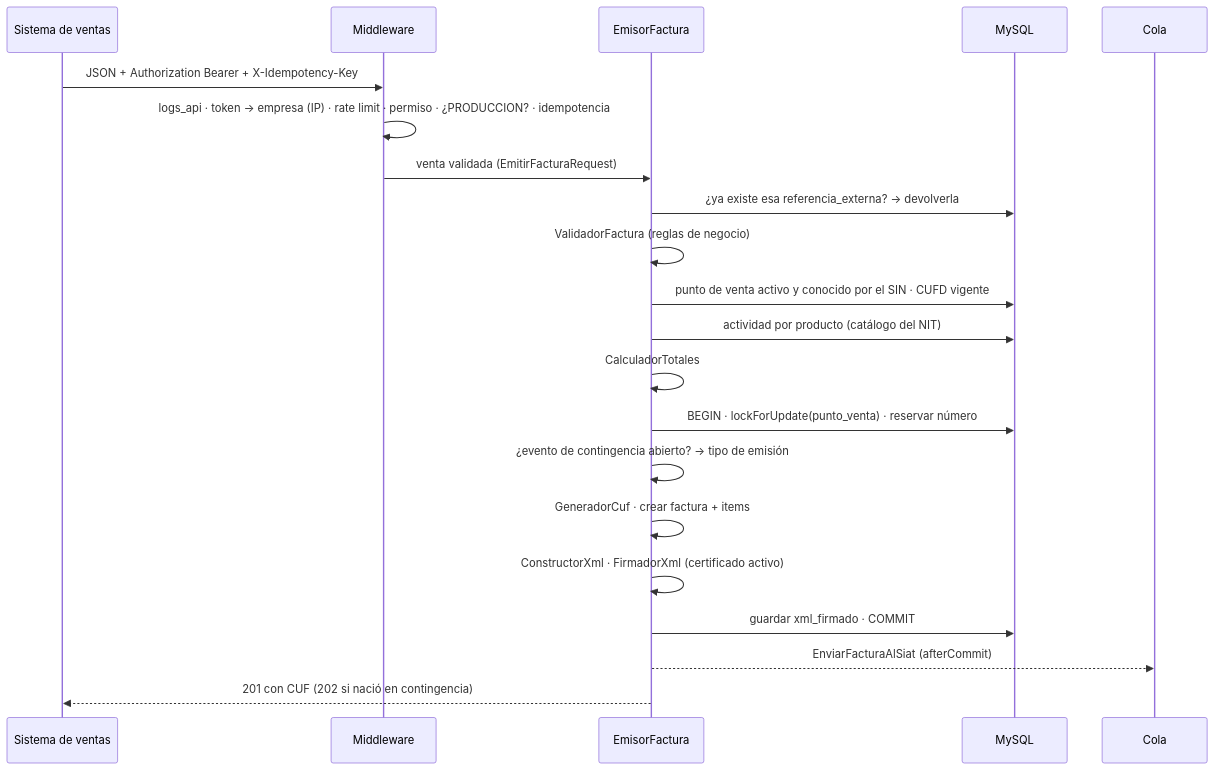
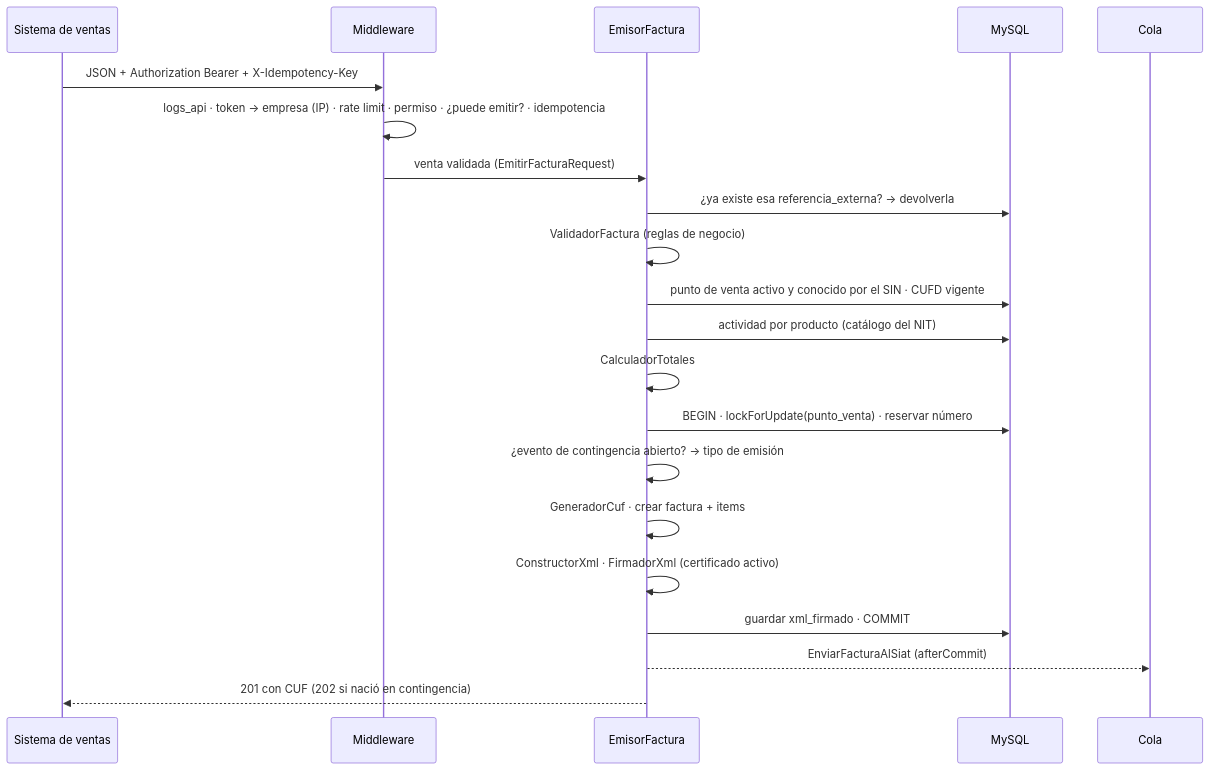
Before and after one commit to nachoDevOS/siat-api: the second of 4 diagrams in docs/TECNICO.md, drawn with Mermaid. The commit also changed other lines of this file and 82 other files, not shown here.

````diff
--- a/docs/TECNICO.md
+++ b/docs/TECNICO.md
@@ -95,23 +105,23 @@
 ```mermaid
 sequenceDiagram
     participant POS as Sistema de ventas
     participant MW as Middleware
     participant E as EmisorFactura
     participant DB as MySQL
     participant Q as Cola
     POS->>MW: JSON + Authorization Bearer + X-Idempotency-Key
-    MW->>MW: logs_api · token → empresa (IP) · rate limit · permiso · ¿PRODUCCION? · idempotencia
+    MW->>MW: logs_api · token → empresa (IP) · rate limit · permiso · ¿puede emitir? · idempotencia
     MW->>E: venta validada (EmitirFacturaRequest)
     E->>DB: ¿ya existe esa referencia_externa? → devolverla
     E->>E: ValidadorFactura (reglas de negocio)
     E->>DB: punto de venta activo y conocido por el SIN · CUFD vigente
     E->>DB: actividad por producto (catálogo del NIT)
     E->>E: CalculadorTotales
     E->>DB: BEGIN · lockForUpdate(punto_venta) · reservar número
     E->>E: ¿evento de contingencia abierto? → tipo de emisión
     E->>E: GeneradorCuf · crear factura + items
     E->>E: ConstructorXml · FirmadorXml (certificado activo)
     E->>DB: guardar xml_firmado · COMMIT
     E-->>Q: EnviarFacturaAlSiat (afterCommit)
     E-->>POS: 201 con CUF (202 si nació en contingencia)
 ```
````
